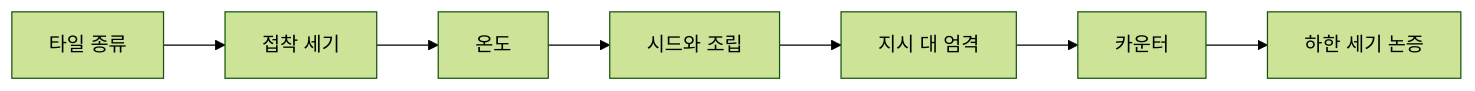
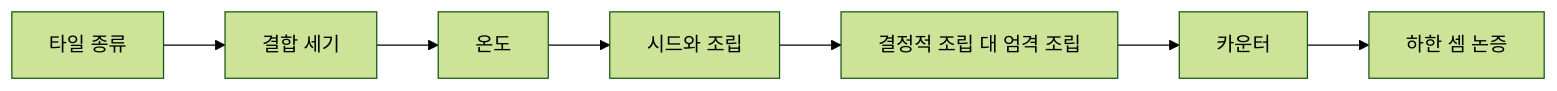
One commit to intothedeep/project_utrgv_2026_hack_research changed the diagram in tips/Dr_Schwaller_MinTileset/01_study_guide.md. Above: the diagram before and after it, drawn with Mermaid (forest theme). The commit also changed other lines of this file and 3 other files, not shown here.

````diff
--- a/tips/Dr_Schwaller_MinTileset/01_study_guide.md
+++ b/tips/Dr_Schwaller_MinTileset/01_study_guide.md
@@ -73,9 +74,9 @@
 ```mermaid
 flowchart LR
-  A[타일 종류] --> B[접착 세기]
+  A[타일 종류] --> B[결합 세기]
   B --> C[온도]
   C --> D[시드와 조립]
-  D --> E[지시 대 엄격]
+  D --> E[결정적 조립 대 엄격 조립]
   E --> F[카운터]
-  F --> G[하한 세기 논증]
+  F --> G[하한 셈 논증]
 ```
````
